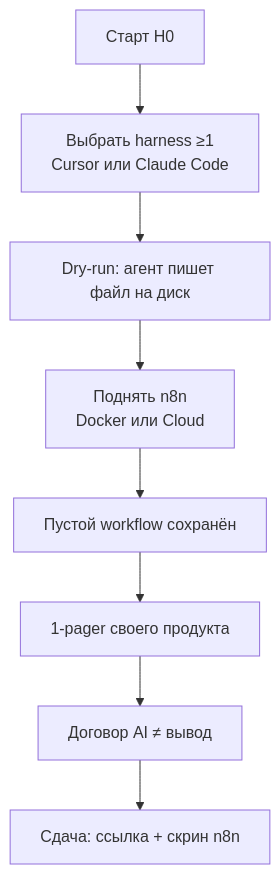
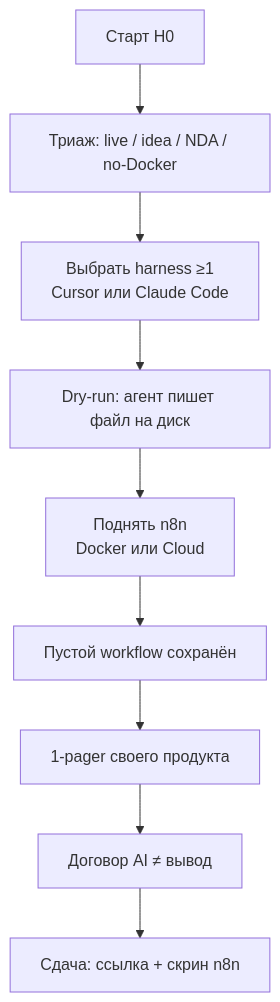
One commit to gavnukkk97/ai-for-pm-course changed the first of 2 diagrams in docs/course/week-00/lecture.md. Above: the diagram before and after it, drawn with Mermaid. The commit also changed 14 other files, not shown here.

````diff
--- a/docs/course/week-00/lecture.md
+++ b/docs/course/week-00/lecture.md
@@ -123,10 +123,11 @@
 ```mermaid
 flowchart TD
-  A["Старт Н0"] --> B["Выбрать harness ≥1<br/>Cursor или Claude Code"]
+  A["Старт Н0"] --> T["Триаж: live / idea / NDA / no-Docker"]
+  T --> B["Выбрать harness ≥1<br/>Cursor или Claude Code"]
   B --> C["Dry-run: агент пишет файл на диск"]
   C --> D["Поднять n8n<br/>Docker или Cloud"]
   D --> E["Пустой workflow сохранён"]
   E --> F["1-pager своего продукта"]
   F --> G["Договор AI ≠ вывод"]
   G --> H["Сдача: ссылка + скрин n8n"]
 ```
````
